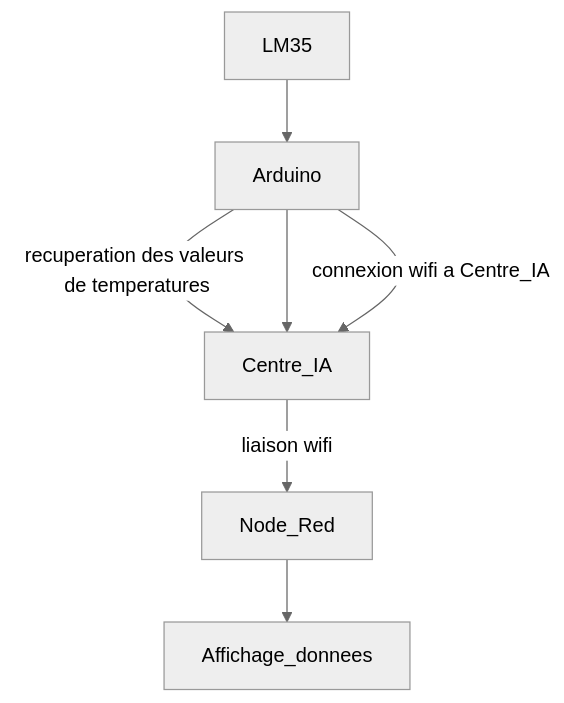
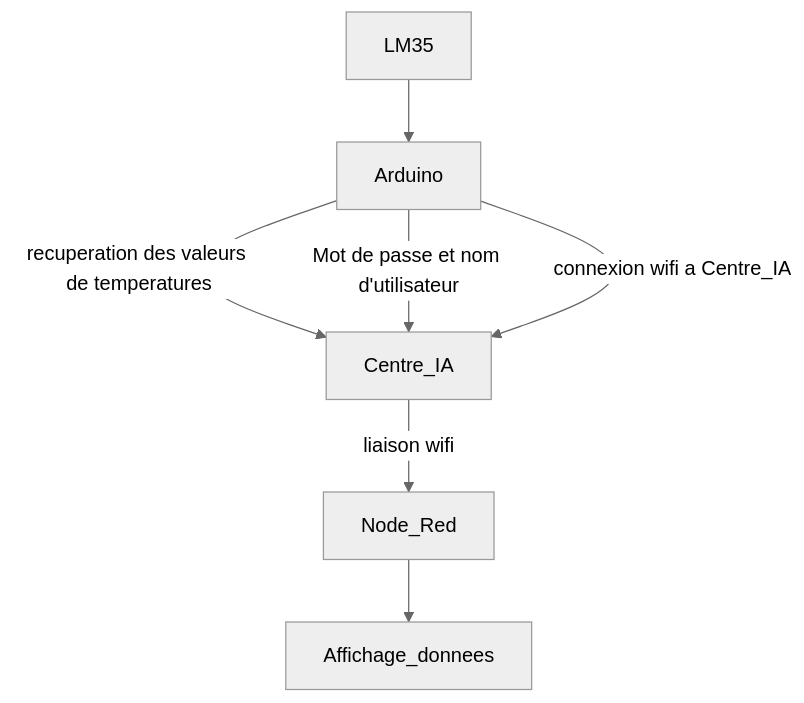
The diagram in README.md (hugobuges-design/projet-syst-me-surveillance-T), drawn with Mermaid (neutral theme) before and after one commit. The commit also changed other lines of this file, not shown here.

````diff
--- a/README.md
+++ b/README.md
@@ -40,10 +40,10 @@
 ```mermaid
 
 flowchart TD
 Arduino --> |recuperation des valeurs de temperatures| Centre_IA
-LM35 --> Arduino --> Centre_IA
+LM35 --> Arduino --> |Mot de passe et nom d'utilisateur|Centre_IA
 Arduino --> |connexion wifi a Centre_IA| Centre_IA
 Centre_IA --> |liaison wifi| Node_Red
 Node_Red --> Affichage_donnees
 
 ```
````
